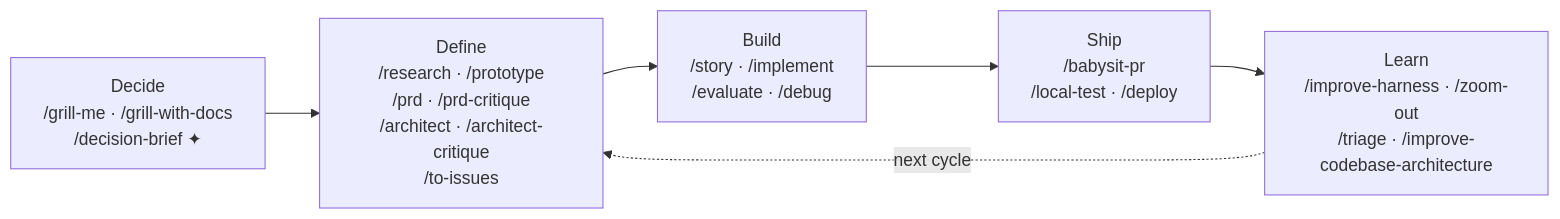
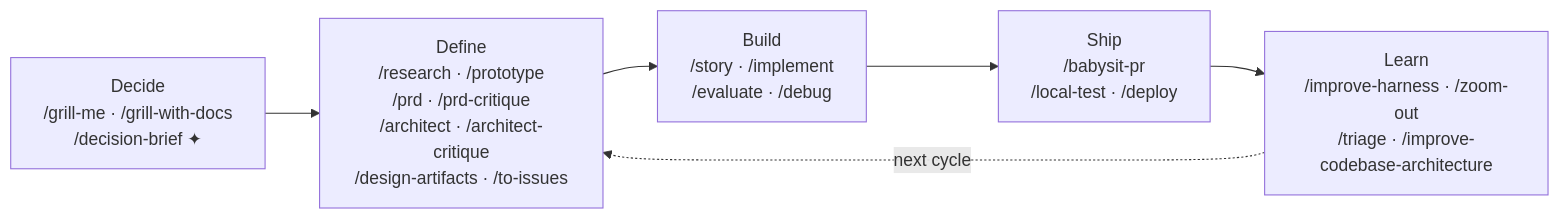
One commit to anudeeps28/claude-code-harness changed the diagram in README.md. Above: the diagram before and after it, drawn with Mermaid. The commit also changed other lines of this file and 9 other files, not shown here.

First line of the commit message:
feat: add /design-artifacts skill with 8 doc templates (T3.12)

````diff
--- a/README.md
+++ b/README.md
@@ -68,11 +68,11 @@
 ```mermaid
 flowchart LR
     P0["Decide<br/>/grill-me · /grill-with-docs<br/>/decision-brief ✦"]
-    P1["Define<br/>/research · /prototype<br/>/prd · /prd-critique<br/>/architect · /architect-critique<br/>/to-issues"]
+    P1["Define<br/>/research · /prototype<br/>/prd · /prd-critique<br/>/architect · /architect-critique<br/>/design-artifacts · /to-issues"]
     P2["Build<br/>/story · /implement<br/>/evaluate · /debug"]
     P3["Ship<br/>/babysit-pr<br/>/local-test · /deploy"]
     P4["Learn<br/>/improve-harness · /zoom-out<br/>/triage · /improve-codebase-architecture"]
 
     P0 --> P1 --> P2 --> P3 --> P4
     P4 -.->|"next cycle"| P1
 ```
````
